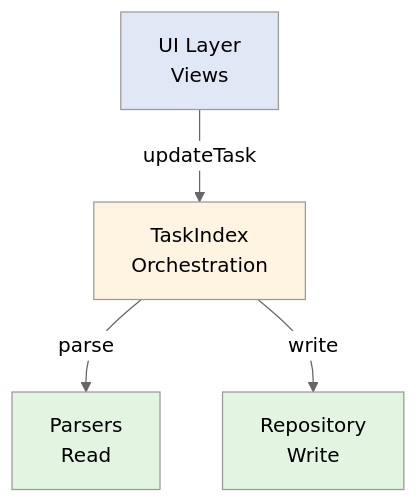
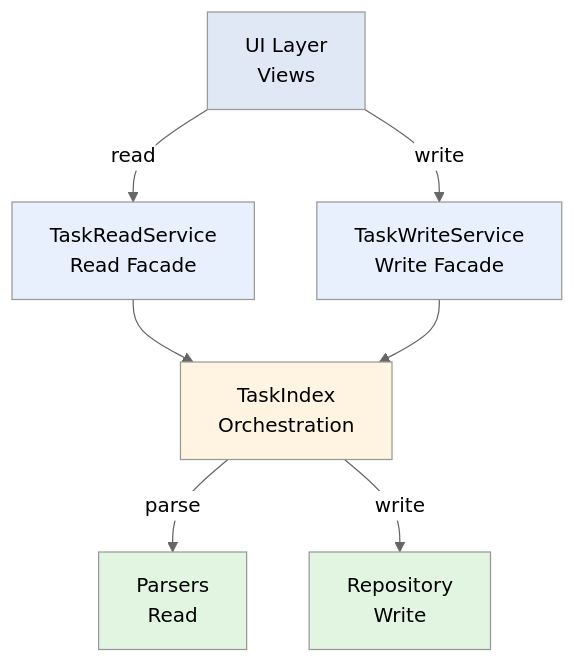
Before and after one commit to KawaNae/Obsidian-task-viewer: the diagram in DEVELOPER.md, drawn with Mermaid (neutral theme). The commit also changed other lines of this file and 21 other files, not shown here.

````diff
--- a/DEVELOPER.md
+++ b/DEVELOPER.md
@@ -59,16 +57,23 @@
 ```mermaid
 graph TB
     UI[UI Layer<br/>Views]
+    Read[TaskReadService<br/>Read Facade]
+    Write[TaskWriteService<br/>Write Facade]
     Index[TaskIndex<br/>Orchestration]
     Parser[Parsers<br/>Read]
     Repo[Repository<br/>Write]
 
-    UI -->|updateTask| Index
+    UI -->|read| Read
+    UI -->|write| Write
+    Read --> Index
+    Write --> Index
     Index -->|parse| Parser
     Index -->|write| Repo
 
     style Parser fill:#e1f5e1
     style Repo fill:#e1f5e1
     style Index fill:#fff4e1
+    style Read fill:#e8f0fe
+    style Write fill:#e8f0fe
     style UI fill:#e1e8f5
 ```
````
